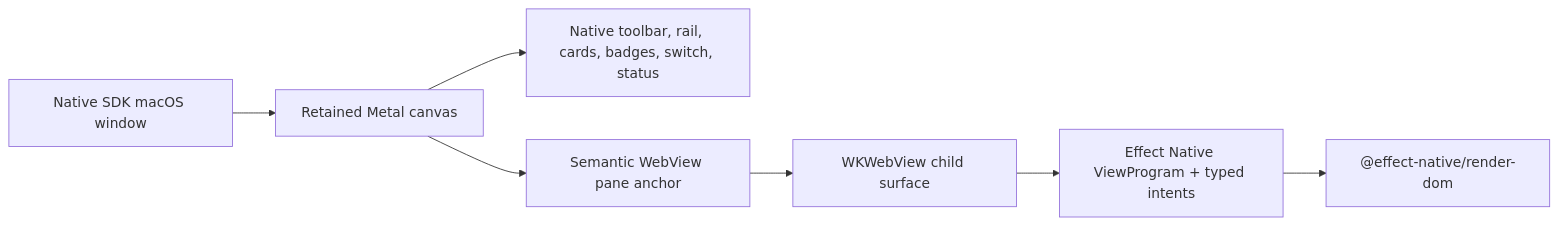
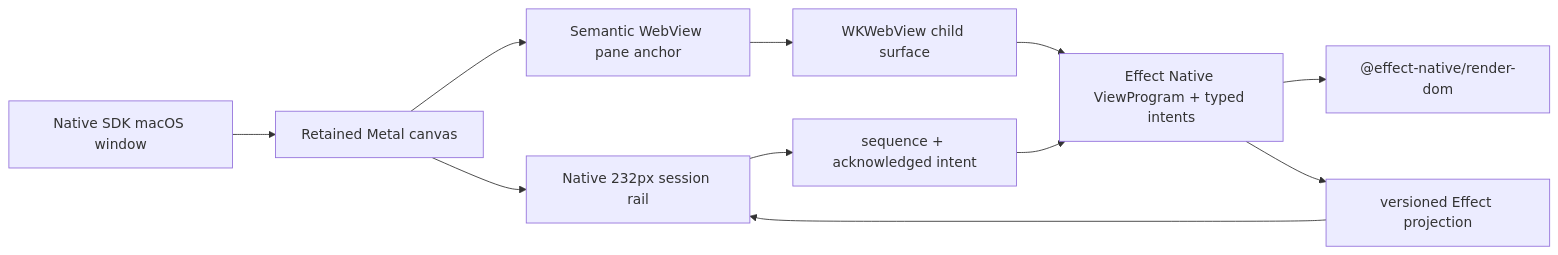
Before and after one commit to OpenAgentsInc/openagents: the first of 2 diagrams in docs/sol/2026-07-14-vercel-native-sdk-effect-native-desktop-audit.md, drawn with Mermaid. The commit also changed other lines of this file and 9 other files, not shown here.

````diff
--- a/docs/sol/2026-07-14-vercel-native-sdk-effect-native-desktop-audit.md
+++ b/docs/sol/2026-07-14-vercel-native-sdk-effect-native-desktop-audit.md
@@ -79,9 +81,13 @@
 ```mermaid
 flowchart LR
   NS["Native SDK macOS window"] --> Canvas["Retained Metal canvas"]
-  Canvas --> Chrome["Native toolbar, rail, cards, badges, switch, status"]
+  Canvas --> Chrome["Native 232px session rail"]
   Canvas --> Anchor["Semantic WebView pane anchor"]
   Anchor --> WV["WKWebView child surface"]
   WV --> EN["Effect Native ViewProgram + typed intents"]
   EN --> DOM["@effect-native/render-dom"]
+  Chrome --> Pull["sequence + acknowledged intent"]
+  Pull --> EN
+  EN --> Projection["versioned Effect projection"]
+  Projection --> Chrome
 ```
````
